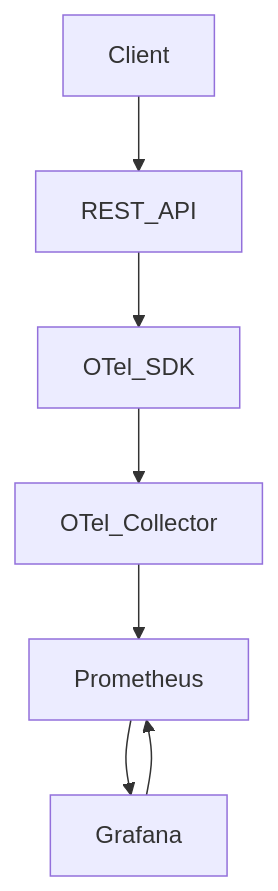
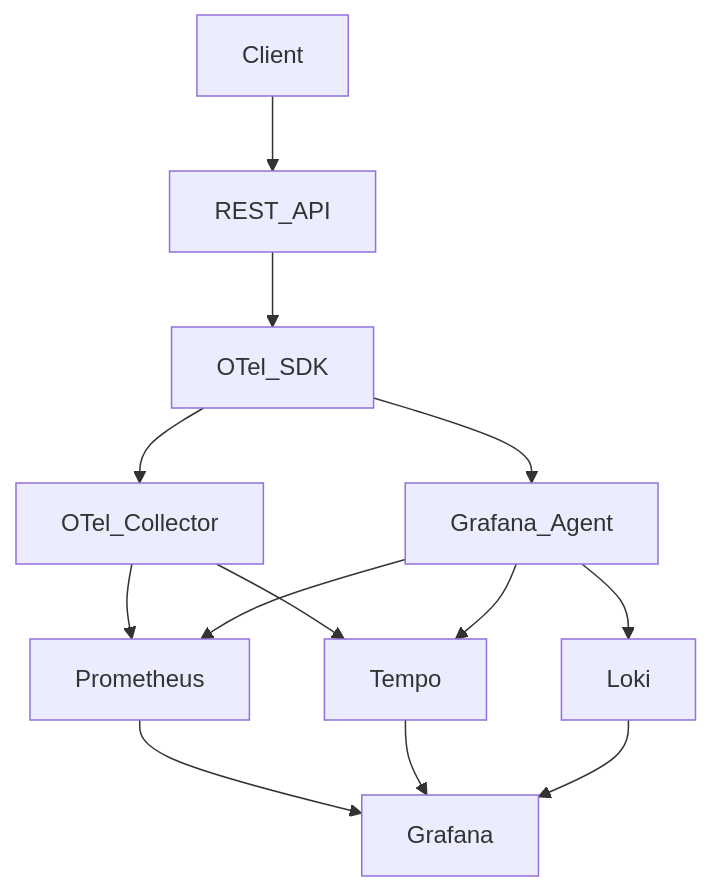
One commit to cmskzhan/Infra changed the diagram in rpi/fastapi-sample-app/observability/flow-chart.mmd. Above: the diagram before and after it, drawn with Mermaid. The commit also changed 1 other file, not shown here.

Commit message:
observability mermaid component change, correct ducker run command for playwright mcp

```diff
--- a/rpi/fastapi-sample-app/observability/flow-chart.mmd
+++ b/rpi/fastapi-sample-app/observability/flow-chart.mmd
@@ -1,16 +1,25 @@
 flowchart TD
     Client --> REST_API
     REST_API --> OTel_SDK
     OTel_SDK --> OTel_Collector
+    OTel_SDK --> Grafana_Agent
     OTel_Collector --> Prometheus
+    OTel_Collector --> Tempo
+    Grafana_Agent --> Prometheus
+    Grafana_Agent --> Tempo
+    Grafana_Agent --> Loki
     Prometheus --> Grafana
-    Grafana --> Prometheus
+    Tempo --> Grafana
+    Loki --> Grafana
 
 
 %% sequenceDiagram
 %%     participant Client
 %%     participant REST_API as REST API
 %%     participant OTel_SDK as OpenTelemetry SDK
 %%     participant OTel_Collector as OpenTelemetry Collector
+%%     participant OTel_Agent as Grafana Agent
 %%     participant Prometheus
+%%     participant Tempo
+%%     participant Loki
 %%     participant Grafana
```
